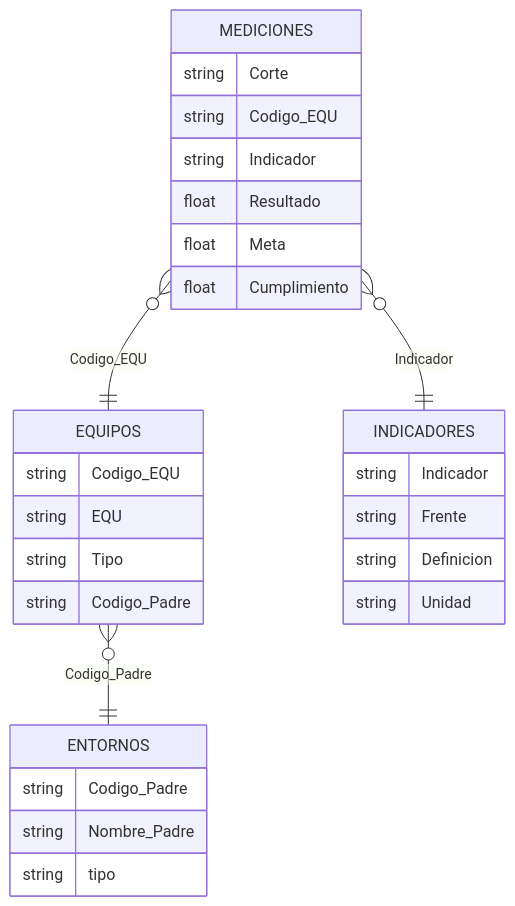
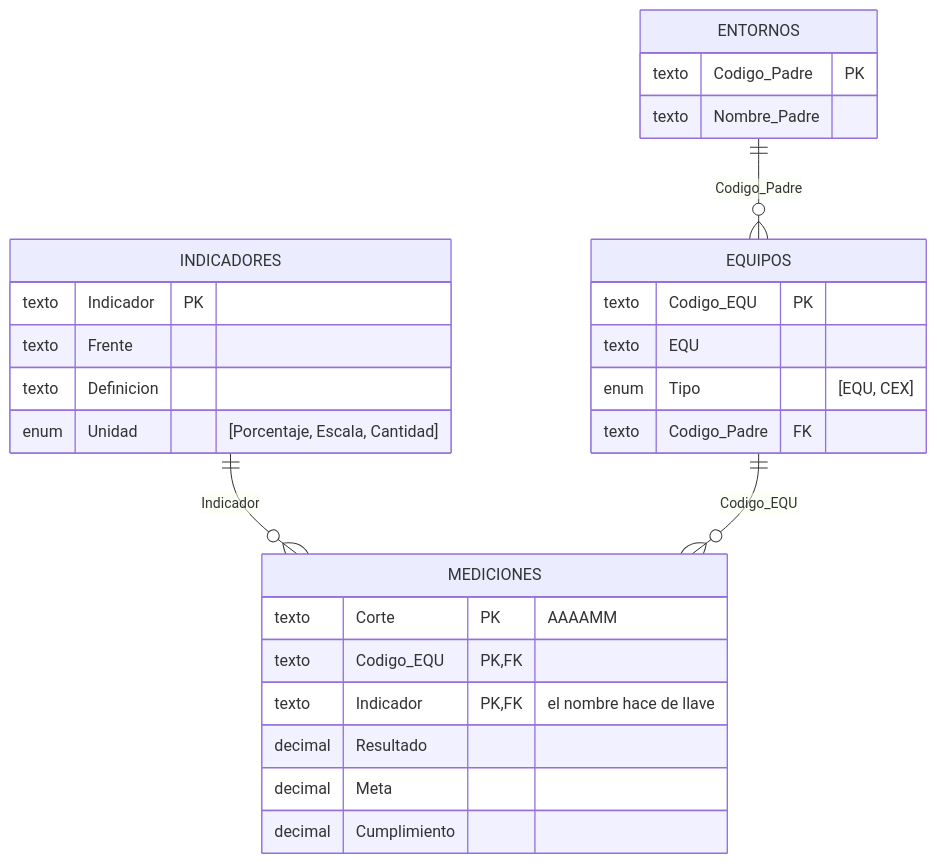
Before and after one commit to santiagoneusa/cib-de-technical-interview: the first of 2 diagrams in 1_experimentacion/README.md, drawn with Mermaid. The commit also changed other lines of this file and 4 other files, not shown here.

Commit message:
README: diagramas con tipos, enums y notación PK/FK; títulos afirmativos

````diff
--- a/1_experimentacion/README.md
+++ b/1_experimentacion/README.md
@@ -28,10 +28,30 @@
 ```mermaid
 erDiagram
-    MEDICIONES }o--|| EQUIPOS : "Codigo_EQU"
-    MEDICIONES }o--|| INDICADORES : "Indicador"
-    EQUIPOS }o--|| ENTORNOS : "Codigo_Padre"
-    MEDICIONES { string Corte string Codigo_EQU string Indicador float Resultado float Meta float Cumplimiento }
-    EQUIPOS { string Codigo_EQU string EQU string Tipo string Codigo_Padre }
-    ENTORNOS { string Codigo_Padre string Nombre_Padre string tipo }
-    INDICADORES { string Indicador string Frente string Definicion string Unidad }
+    INDICADORES ||--o{ MEDICIONES : "Indicador"
+    EQUIPOS ||--o{ MEDICIONES : "Codigo_EQU"
+    ENTORNOS ||--o{ EQUIPOS : "Codigo_Padre"
+    MEDICIONES {
+        texto Corte PK "AAAAMM"
+        texto Codigo_EQU PK, FK
+        texto Indicador PK, FK "el nombre hace de llave"
+        decimal Resultado
+        decimal Meta
+        decimal Cumplimiento
+    }
+    EQUIPOS {
+        texto Codigo_EQU PK
+        texto EQU
+        enum Tipo "[EQU, CEX]"
+        texto Codigo_Padre FK
+    }
+    ENTORNOS {
+        texto Codigo_Padre PK
+        texto Nombre_Padre
+    }
+    INDICADORES {
+        texto Indicador PK
+        texto Frente
+        texto Definicion
+        enum Unidad "[Porcentaje, Escala, Cantidad]"
+    }
 ```
````
